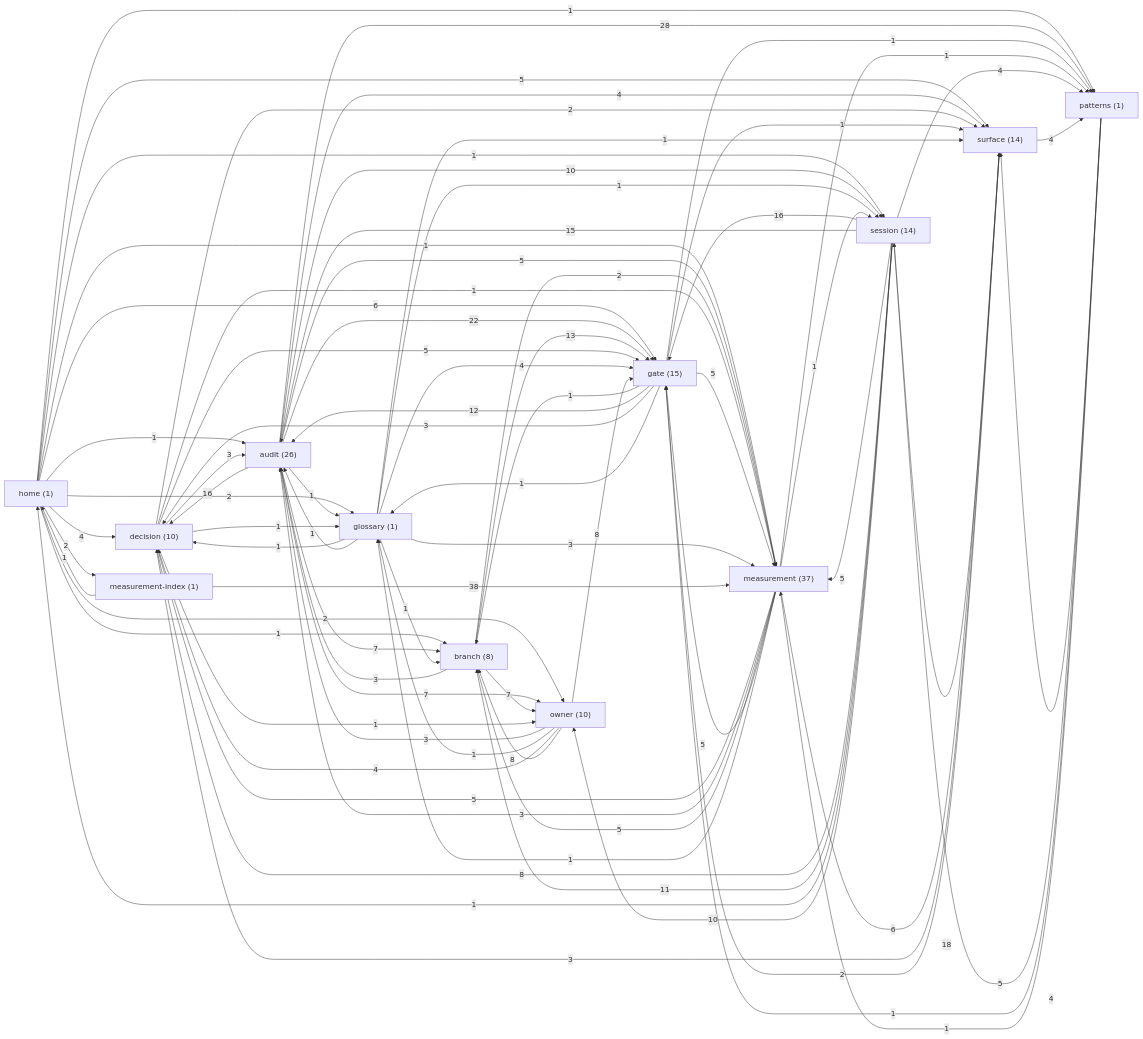
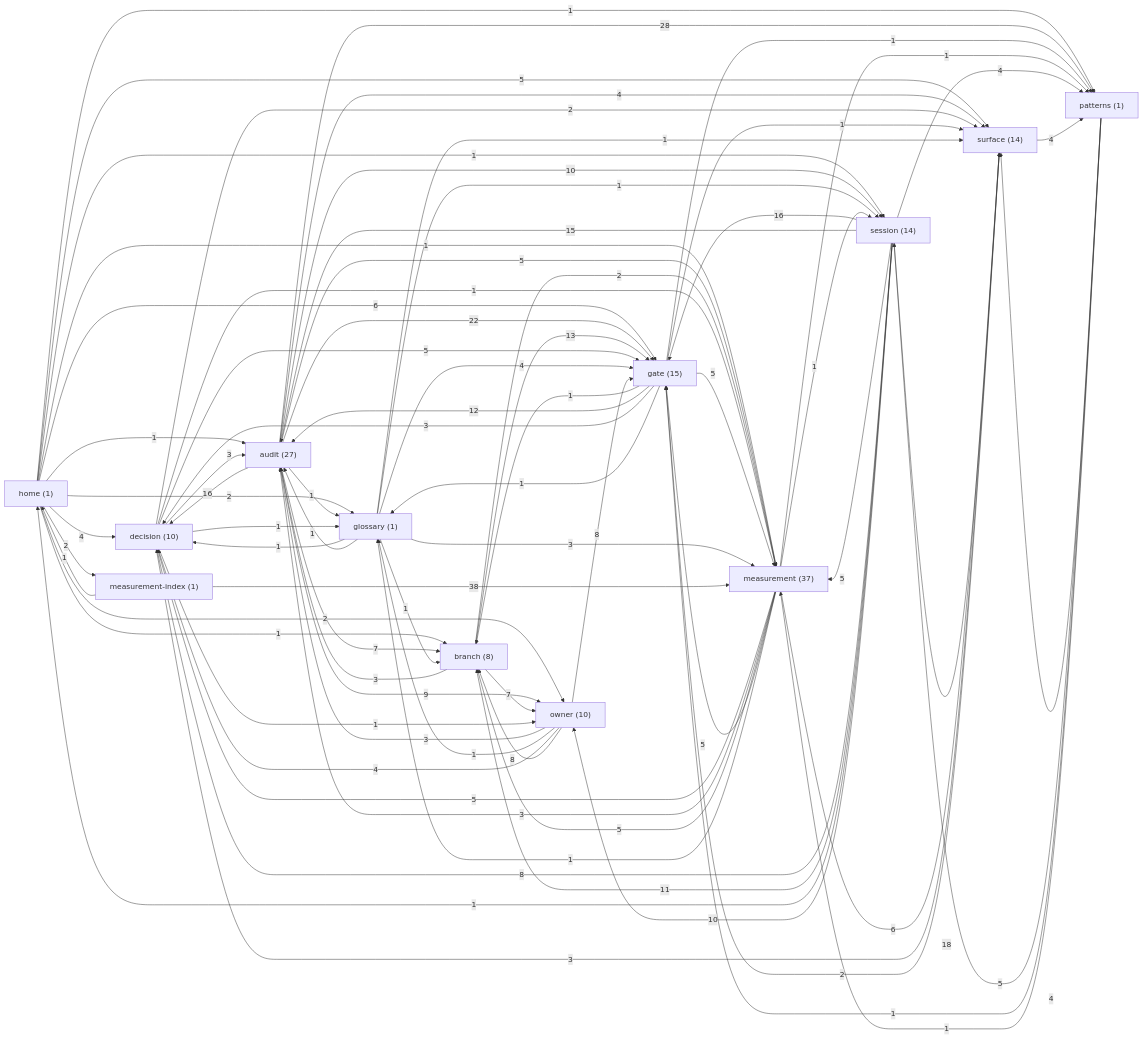
The diagram in docs/brain/GRAPH.md (sergey9519546/STORYMACHINE), drawn with Mermaid before and after one commit. The commit also changed other lines of this file and 1 other file, not shown here.

First line of the commit message:
docs(brain): regenerate graph for receipt-gate-inplace audit note

````diff
--- a/docs/brain/GRAPH.md
+++ b/docs/brain/GRAPH.md
@@ -9,7 +9,7 @@
 ```mermaid
 graph LR
   home["home (1)"]
-  audit["audit (26)"]
+  audit["audit (27)"]
   branch["branch (8)"]
   decision["decision (10)"]
   gate["gate (15)"]
@@ -37,7 +37,7 @@
   audit -->|22| gate
   audit -->|16| decision
   audit -->|28| patterns
-  audit -->|7| owner
+  audit -->|9| owner
   audit -->|4| surface
   audit -->|5| measurement
   branch -->|3| audit
````
